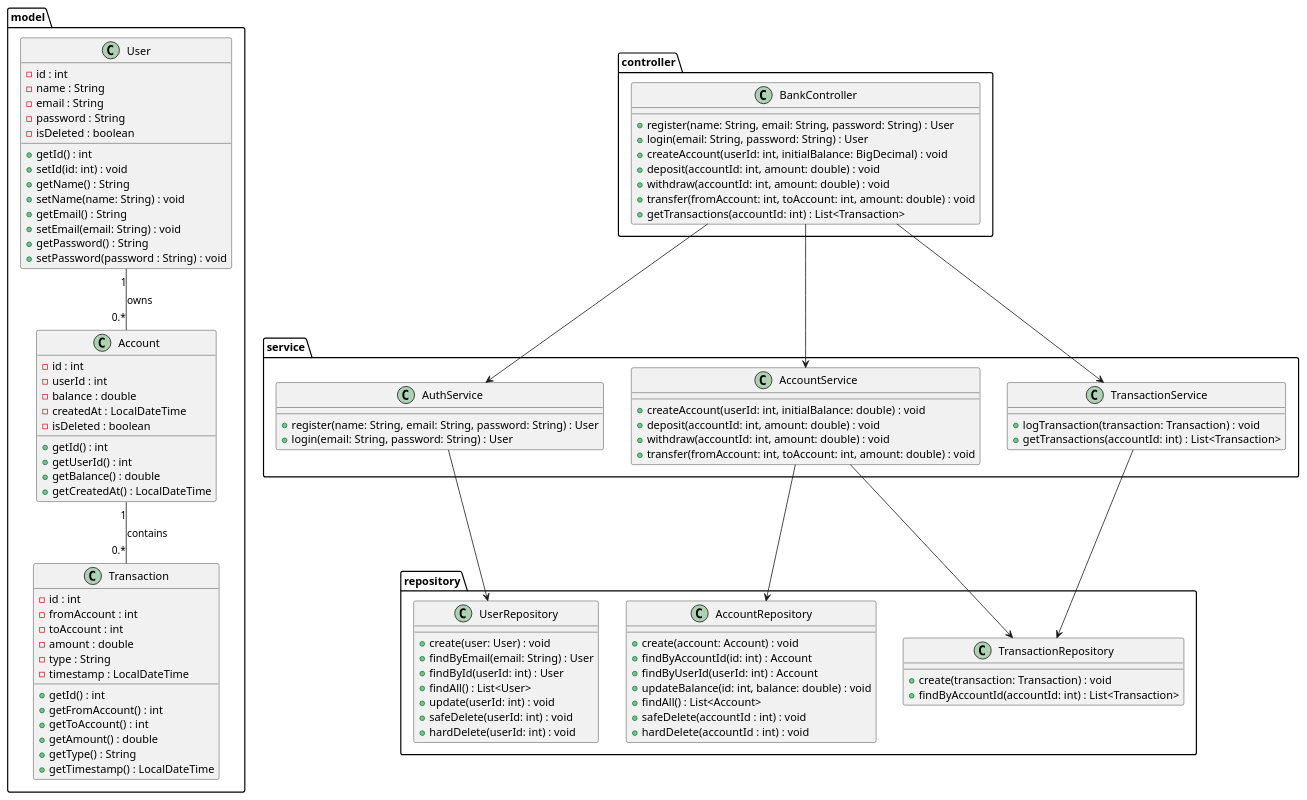
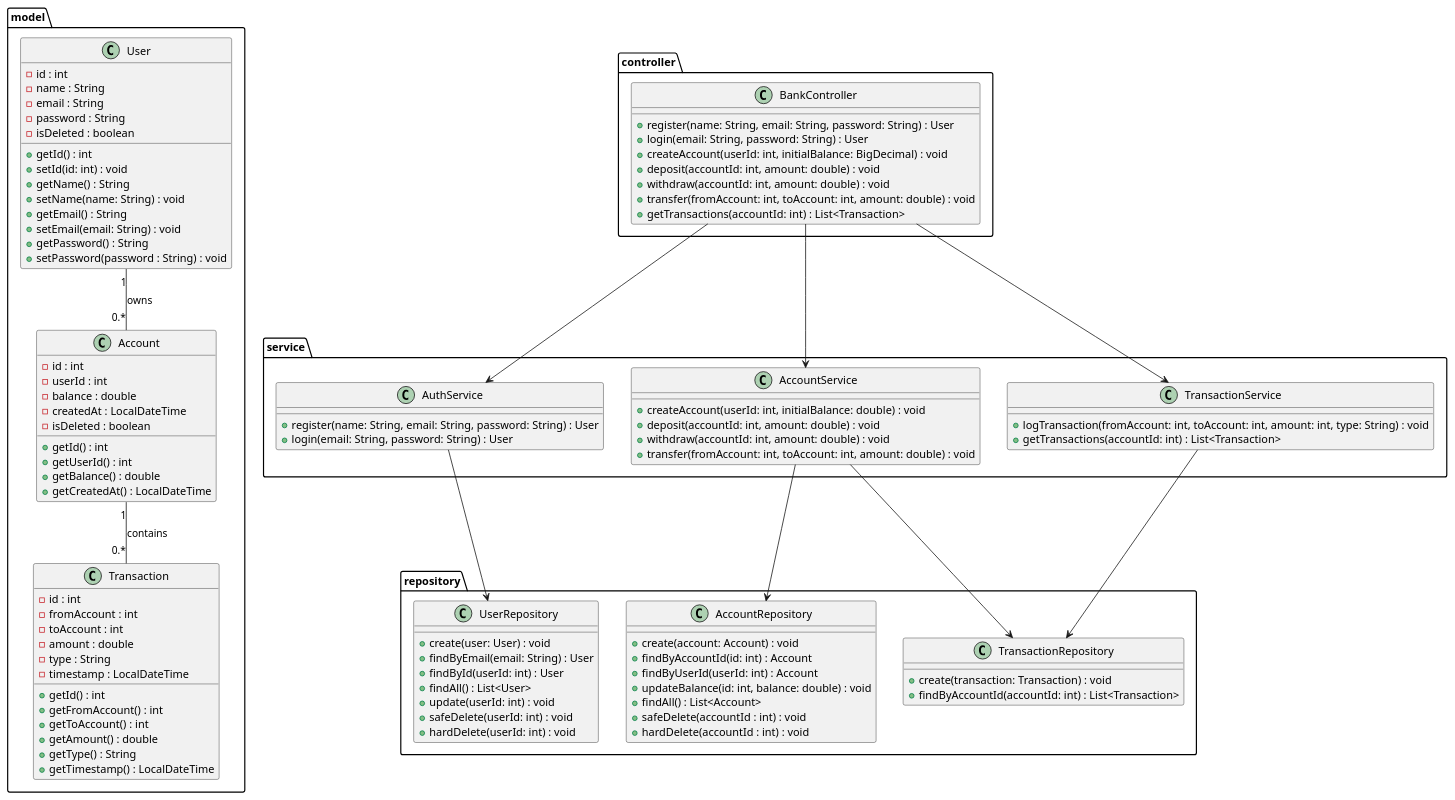
One commit to Yusuf-Taha-Akyol/BankManagementSystem changed the diagram in docs/uml/bank-management-system.puml. Above: the diagram before and after it, drawn with PlantUML. The commit also changed 3 other files, not shown here.

```diff
--- a/docs/uml/bank-management-system.puml
+++ b/docs/uml/bank-management-system.puml
@@ -1,118 +1,118 @@
 @startuml
 
 package model {
     class User {
         - id : int
         - name : String
         - email : String
         - password : String
 	- isDeleted : boolean
         + getId() : int
 	+ setId(id: int) : void
         + getName() : String
 	+ setName(name: String) : void
         + getEmail() : String
 	+ setEmail(email: String) : void
         + getPassword() : String
 	+ setPassword(password : String) : void
     }
 
     class Account {
         - id : int
         - userId : int
         - balance : double
         - createdAt : LocalDateTime
 	- isDeleted : boolean
         + getId() : int
         + getUserId() : int
         + getBalance() : double
         + getCreatedAt() : LocalDateTime
     }
 
     class Transaction {
         - id : int
         - fromAccount : int
         - toAccount : int
         - amount : double
         - type : String
         - timestamp : LocalDateTime
         + getId() : int
         + getFromAccount() : int
         + getToAccount() : int
         + getAmount() : double
         + getType() : String
         + getTimestamp() : LocalDateTime
     }
 }
 
 package repository {
     class UserRepository {
         + create(user: User) : void
         + findByEmail(email: String) : User
         + findById(userId: int) : User
 	+ findAll() : List<User>
 	+ update(userId: int) : void
 	+ safeDelete(userId: int) : void
 	+ hardDelete(userId: int) : void
     }
 
     class AccountRepository {
         + create(account: Account) : void
         + findByAccountId(id: int) : Account
 	+ findByUserId(userId: int) : Account
         + updateBalance(id: int, balance: double) : void
 	+ findAll() : List<Account>
 	+ safeDelete(accountId : int) : void
 	+ hardDelete(accountId : int) : void
     }
 
     class TransactionRepository {
         + create(transaction: Transaction) : void
         + findByAccountId(accountId: int) : List<Transaction>
     }
 }
 
 package service {
     class AuthService {
         + register(name: String, email: String, password: String) : User
         + login(email: String, password: String) : User
     }
 
     class AccountService {
         + createAccount(userId: int, initialBalance: double) : void
         + deposit(accountId: int, amount: double) : void
         + withdraw(accountId: int, amount: double) : void
         + transfer(fromAccount: int, toAccount: int, amount: double) : void
     }
 
     class TransactionService {
-        + logTransaction(transaction: Transaction) : void
+        + logTransaction(fromAccount: int, toAccount: int, amount: int, type: String) : void
         + getTransactions(accountId: int) : List<Transaction>
     }
 }
 
 package controller {
     class BankController {
         + register(name: String, email: String, password: String) : User
         + login(email: String, password: String) : User
         + createAccount(userId: int, initialBalance: BigDecimal) : void
         + deposit(accountId: int, amount: double) : void
         + withdraw(accountId: int, amount: double) : void
         + transfer(fromAccount: int, toAccount: int, amount: double) : void
         + getTransactions(accountId: int) : List<Transaction>
     }
 }
 
 User "1" -- "0.*" Account : owns
 Account "1" -- "0.*" Transaction : contains
 
 BankController --> AuthService
 BankController --> AccountService
 BankController --> TransactionService
 
 AuthService --> UserRepository
 AccountService --> AccountRepository
 AccountService --> TransactionRepository
 TransactionService --> TransactionRepository
 
 @enduml
```
